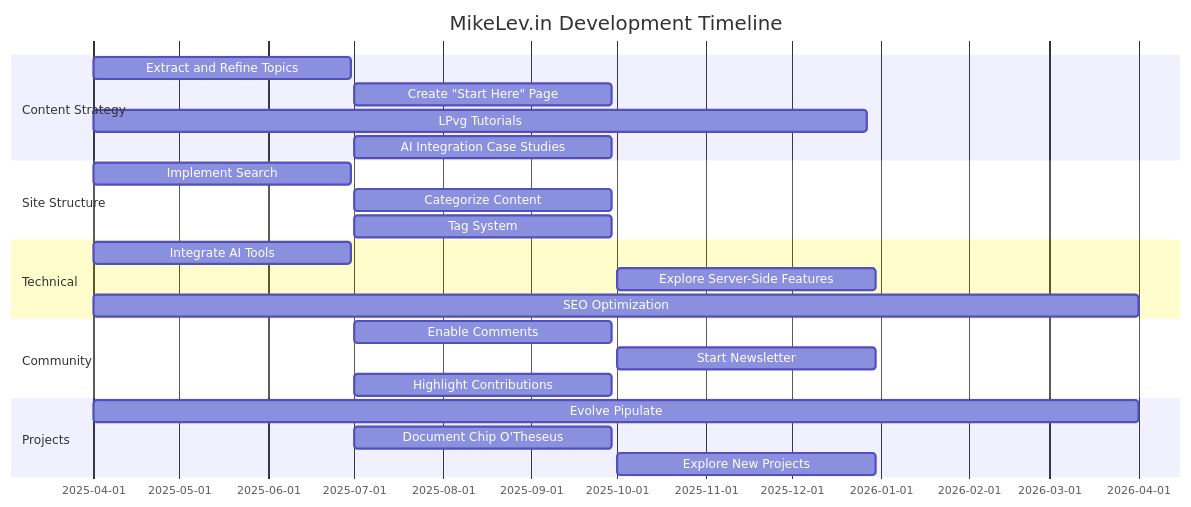
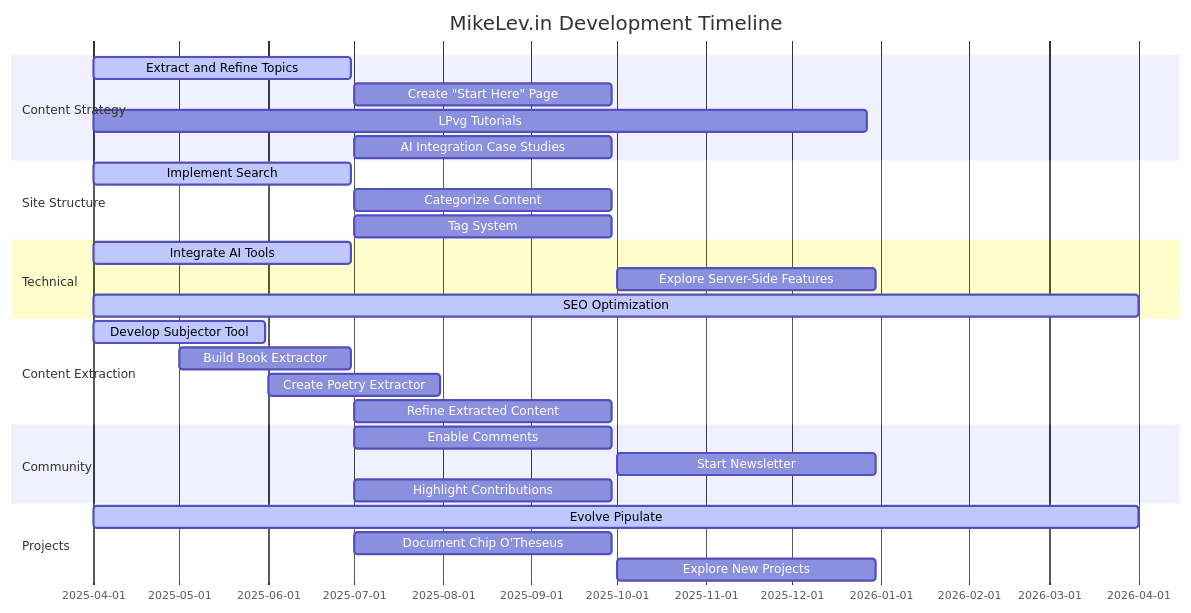
One commit to miklevin/MikeLev.in changed the diagram in roadmap.md. Above: the diagram before and after it, drawn with Mermaid. The commit also changed other lines of this file, not shown here.

Commit message:
Added content extraction to roadmap

```diff
--- a/roadmap.md
+++ b/roadmap.md
@@ -14,30 +14,36 @@
 <div class="mermaid">
 gantt
     title MikeLev.in Development Timeline
-    dateFormat  YYYY-MM-DD
+    dateFormat YYYY-MM-DD
     section Content Strategy
-    Extract and Refine Topics     :2025-04-01, 90d
-    Create "Start Here" Page      :2025-07-01, 90d
-    LPvg Tutorials                :2025-04-01, 270d
-    AI Integration Case Studies   :2025-07-01, 90d
+    Extract and Refine Topics     :active, topics, 2025-04-01, 90d
+    Create "Start Here" Page      :start, 2025-07-01, 90d
+    LPvg Tutorials                :tutorials, 2025-04-01, 270d
+    AI Integration Case Studies   :cases, 2025-07-01, 90d
     
     section Site Structure
-    Implement Search              :2025-04-01, 90d
-    Categorize Content            :2025-07-01, 90d
-    Tag System                    :2025-07-01, 90d
+    Implement Search             :active, search, 2025-04-01, 90d
+    Categorize Content           :cats, 2025-07-01, 90d
+    Tag System                   :tags, 2025-07-01, 90d
     
     section Technical
-    Integrate AI Tools            :2025-04-01, 90d
-    Explore Server-Side Features  :2025-10-01, 90d
-    SEO Optimization              :2025-04-01, 365d
+    Integrate AI Tools           :active, aitools, 2025-04-01, 90d
+    Explore Server-Side Features :server, 2025-10-01, 90d
+    SEO Optimization            :active, seo, 2025-04-01, 365d
+    
+    section Content Extraction
+    Develop Subjector Tool      :active, subjector, 2025-04-01, 60d
+    Build Book Extractor        :book, 2025-05-01, 60d
+    Create Poetry Extractor     :poetry, 2025-06-01, 60d
+    Refine Extracted Content    :refine, 2025-07-01, 90d
     
     section Community
-    Enable Comments               :2025-07-01, 90d
-    Start Newsletter              :2025-10-01, 90d
-    Highlight Contributions       :2025-07-01, 90d
+    Enable Comments             :comments, 2025-07-01, 90d
+    Start Newsletter            :news, 2025-10-01, 90d
+    Highlight Contributions     :contrib, 2025-07-01, 90d
     
     section Projects
-    Evolve Pipulate              :2025-04-01, 365d
-    Document Chip O'Theseus      :2025-07-01, 90d
-    Explore New Projects         :2025-10-01, 90d
+    Evolve Pipulate            :active, pipulate, 2025-04-01, 365d
+    Document Chip O'Theseus    :chip, 2025-07-01, 90d
+    Explore New Projects       :new, 2025-10-01, 90d
 </div>
```
